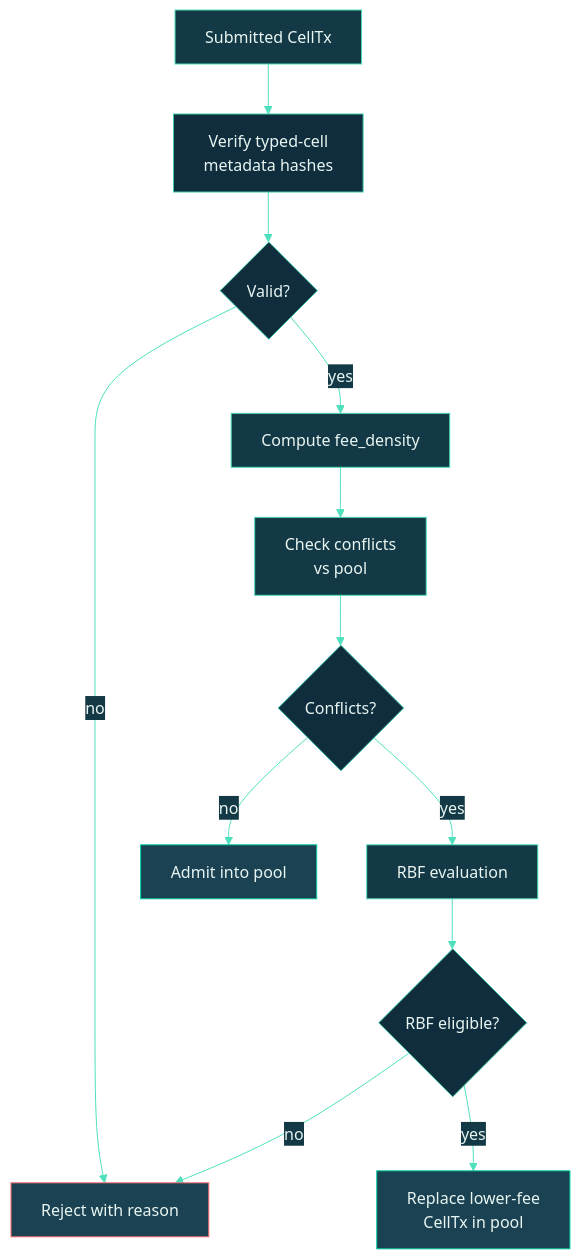
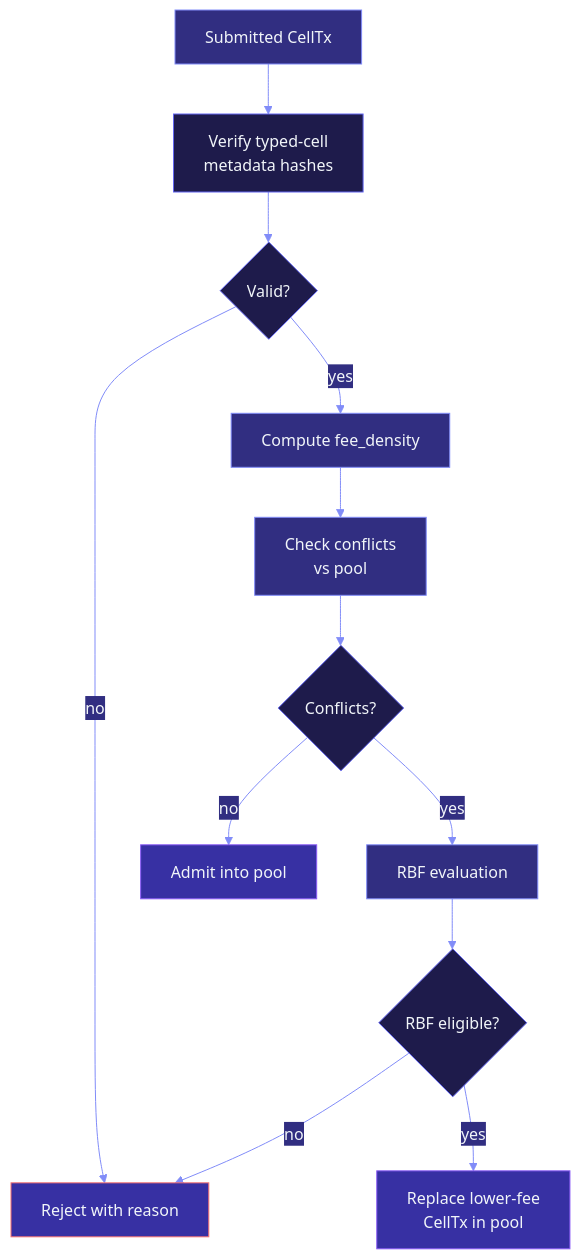
The diagram in docs/architecture/mempool.md (Myelin-Labs/Myelin), drawn with Mermaid before and after one commit. The commit also changed 31 other files, not shown here.

````diff
--- a/docs/architecture/mempool.md
+++ b/docs/architecture/mempool.md
@@ -30,40 +30,40 @@
 ```mermaid
 %%{init: {
   "theme": "base",
   "themeVariables": {
-    "primaryColor": "#0F2D3D",
-    "primaryTextColor": "#E8F5F1",
-    "primaryBorderColor": "#3CCBAA",
-    "lineColor": "#4EE0BC",
-    "secondaryColor": "#143946",
-    "tertiaryColor": "#1A4253"
+    "primaryColor": "#1E1B4B",
+    "primaryTextColor": "#F1F5F9",
+    "primaryBorderColor": "#6366F1",
+    "lineColor": "#818CF8",
+    "secondaryColor": "#312E81",
+    "tertiaryColor": "#3730A3"
   }
 }}%%
 flowchart TB
     A["Submitted CellTx"]:::in
     B["Verify typed-cell<br/>metadata hashes"]:::check
     C{"Valid?"}:::q
     D["Compute fee_density"]:::stage
     E["Check conflicts<br/>vs pool"]:::stage
     F{"Conflicts?"}:::q
     G["RBF evaluation"]:::stage
     H{"RBF eligible?"}:::q
     I["Admit into pool"]:::good
     J["Reject with reason"]:::bad
     K["Replace lower-fee<br/>CellTx in pool"]:::good
 
     A --> B --> C
     C -- no  --> J
     C -- yes --> D --> E --> F
     F -- no --> I
     F -- yes --> G --> H
     H -- yes --> K
     H -- no  --> J
 
-    classDef in    fill:#143946,stroke:#4EE0BC,color:#E8F5F1;
-    classDef check fill:#0F2D3D,stroke:#3CCBAA,color:#E8F5F1;
-    classDef stage fill:#143946,stroke:#4EE0BC,color:#E8F5F1;
-    classDef q     fill:#0F2D3D,stroke:#3CCBAA,color:#E8F5F1;
-    classDef good  fill:#1A4253,stroke:#00CC9F,color:#E8F5F1;
-    classDef bad   fill:#1A4253,stroke:#FF6B6B,color:#E8F5F1;
+    classDef in    fill:#312E81,stroke:#818CF8,color:#F1F5F9;
+    classDef check fill:#1E1B4B,stroke:#6366F1,color:#F1F5F9;
+    classDef stage fill:#312E81,stroke:#818CF8,color:#F1F5F9;
+    classDef q     fill:#1E1B4B,stroke:#6366F1,color:#F1F5F9;
+    classDef good  fill:#3730A3,stroke:#8B5CF6,color:#F1F5F9;
+    classDef bad   fill:#3730A3,stroke:#F87171,color:#F1F5F9;
 ```
````
